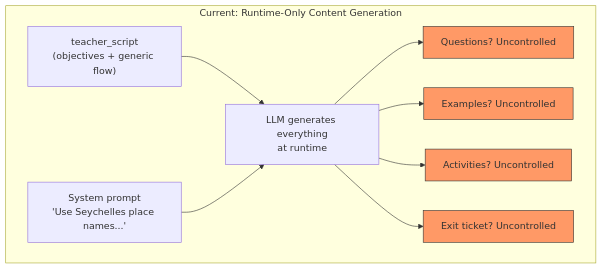
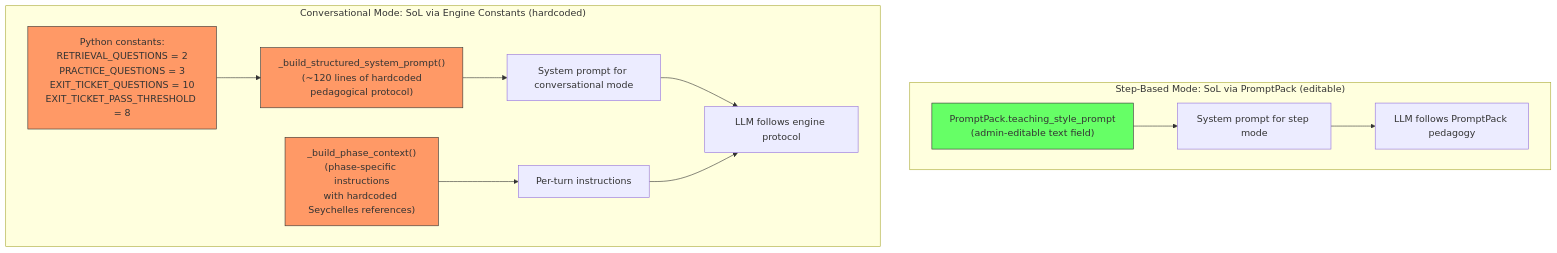
Before and after one commit to eai6/ai-tutor: the seventh of 11 diagrams in design/PROMPT_AND_CURRICULUM_DEEP_DIVE.md, drawn with Mermaid. The commit also changed other lines of this file, not shown here.

First line of the commit message:
Update deep dive design doc with new code analysis (generator, engine, exit tickets)

````diff
--- a/design/PROMPT_AND_CURRICULUM_DEEP_DIVE.md
+++ b/design/PROMPT_AND_CURRICULUM_DEEP_DIVE.md
@@ -465,18 +418,24 @@
 ```mermaid
 flowchart TD
-    subgraph "Current: Runtime-Only Content Generation"
-        TS["teacher_script\n(objectives + generic flow)"]
-        LOC["System prompt\n'Use Seychelles place names...'"]
-        TS --> LLM["LLM generates everything\nat runtime"]
-        LOC --> LLM
-        LLM --> Q["Questions?  Uncontrolled"]
-        LLM --> EX["Examples?  Uncontrolled"]
-        LLM --> ACT["Activities?  Uncontrolled"]
-        LLM --> MCQ["Exit ticket?  Uncontrolled"]
+    subgraph "Step-Based Mode: SoL via PromptPack (editable)"
+        PP["PromptPack.teaching_style_prompt\n(admin-editable text field)"]
+        PP --> SYS_A["System prompt for step mode"]
+        SYS_A --> LLM_A["LLM follows PromptPack pedagogy"]
     end
 
-    style Q fill:#f96,stroke:#333
-    style EX fill:#f96,stroke:#333
-    style ACT fill:#f96,stroke:#333
-    style MCQ fill:#f96,stroke:#333
+    subgraph "Conversational Mode: SoL via Engine Constants (hardcoded)"
+        CONST["Python constants:\nRETRIEVAL_QUESTIONS = 2\nPRACTICE_QUESTIONS = 3\nEXIT_TICKET_QUESTIONS = 10\nEXIT_TICKET_PASS_THRESHOLD = 8"]
+        PHASE["_build_structured_system_prompt()\n(~120 lines of hardcoded\npedagogical protocol)"]
+        CTX["_build_phase_context()\n(phase-specific instructions\nwith hardcoded Seychelles references)"]
+        CONST --> PHASE
+        PHASE --> SYS_B["System prompt for conversational mode"]
+        CTX --> TURN["Per-turn instructions"]
+        SYS_B --> LLM_B["LLM follows engine protocol"]
+        TURN --> LLM_B
+    end
+
+    style PP fill:#6f6,stroke:#333
+    style CONST fill:#f96,stroke:#333
+    style PHASE fill:#f96,stroke:#333
+    style CTX fill:#f96,stroke:#333
 ```
````
